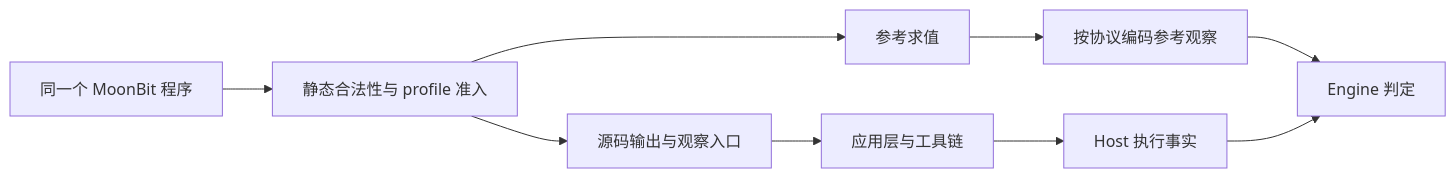
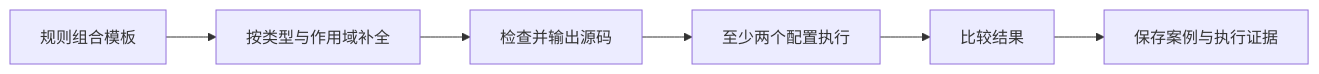
The diagram in fps/FP-0002-moonbit-semantic-contract.md (zrr1999/moonsmith), drawn with Mermaid before and after one commit. The commit also changed other lines of this file and 4 other files, not shown here.

Commit message:
📝 docs(fp): revise MoonBit differential testing design

````diff
--- a/fps/FP-0002-moonbit-semantic-contract.md
+++ b/fps/FP-0002-moonbit-semantic-contract.md
@@ -171,11 +64,8 @@
 ```mermaid
 flowchart LR
-  P["同一个 MoonBit 程序"] --> C["静态合法性与 profile 准入"]
-  C --> E["参考求值"]
-  E --> O["按协议编码参考观察"]
-  C --> R["源码输出与观察入口"]
-  R --> A["应用层与工具链"]
-  A --> H["Host 执行事实"]
-  O --> J["Engine 判定"]
-  H --> J
+  T["规则组合模板"] --> G["按类型与作用域补全"]
+  G --> V["检查并输出源码"]
+  V --> R["至少两个配置执行"]
+  R --> C["比较结果"]
+  C --> E["保存案例与执行证据"]
 ```
````
